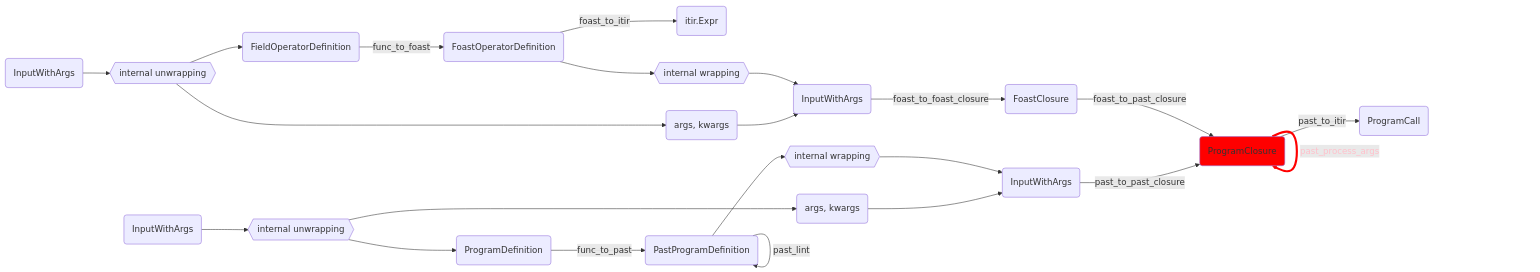
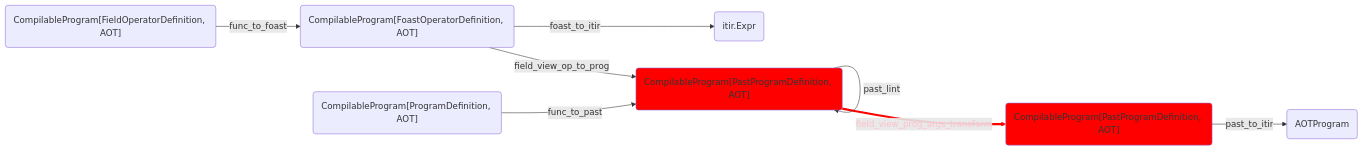
One commit to GridTools/gt4py changed the sixth of 10 diagrams in docs/user/next/advanced/ToolchainWalkthrough.md. Above: the diagram before and after it, drawn with Mermaid. The commit also changed other lines of this file and 48 other files, not shown here.

````diff
--- a/docs/user/next/advanced/ToolchainWalkthrough.md
+++ b/docs/user/next/advanced/ToolchainWalkthrough.md
@@ -314,30 +185,16 @@
 ```mermaid
 graph LR
 
-fdef(FieldOperatorDefinition) -->|func_to_foast| foast(FoastOperatorDefinition)
+fdef("CompilableProgram[FieldOperatorDefinition, AOT]") -->|func_to_foast| foast("CompilableProgram[FoastOperatorDefinition, AOT]")
 foast -->|foast_to_itir| itir_expr(itir.Expr)
-foasta -->|foast_to_foast_closure| fclos(FoastClosure)
-fclos -->|foast_to_past_closure| pclos(PastClosure)
-pclos -->|past_process_args| pclos
-pclos -->|past_to_itir| pcall(ProgramCall)
+foast -->|field_view_op_to_prog| past("CompilableProgram[PastProgramDefinition, AOT]")
+past -->|past_lint| past
+past -->|field_view_prog_args_transform| tapast("CompilableProgram[PastProgramDefinition, AOT]")
+tapast -->|past_to_itir| pcall(AOTProgram)
 
-pdef(ProgramDefinition) -->|func_to_past| past(PastProgramDefinition)
-past -->|past_lint| past
-pasta -->|past_to_past_closure| pclos(ProgramClosure)
+pdef("CompilableProgram[ProgramDefinition, AOT]") -->|func_to_past| past("CompilableProgram[PastProgramDefinition, AOT]")
 
-fdefa(InputWithArgs) --> fuwr{{"internal unwrapping"}} --> fdef
-fuwr --> fargs(args, kwargs)
-
-foast --> fiwr{{"internal wrapping"}} --> foasta(InputWithArgs)
-fargs --> foasta
-
-pdefa(InputWithArgs) --> puwr{{"internal unwrapping"}} --> pdef
-puwr --> pargs(args, kwargs)
-
-past --> piwr{{"internal wrapping"}} --> pasta(InputWithArgs)
-pargs --> pasta
-
-style pclos fill:red
-%%style pclos fill:red
+style past fill:red
+style tapast fill:red
 linkStyle 4 stroke:red,stroke-width:4px,color:pink
 ```
````
